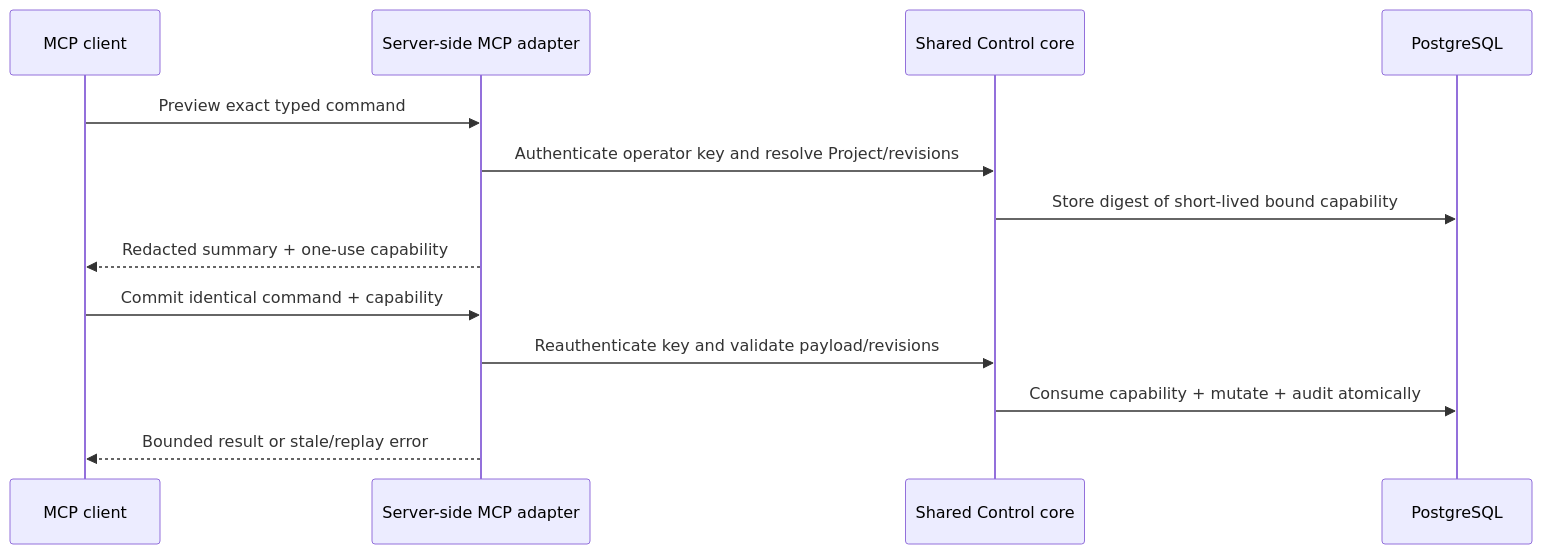
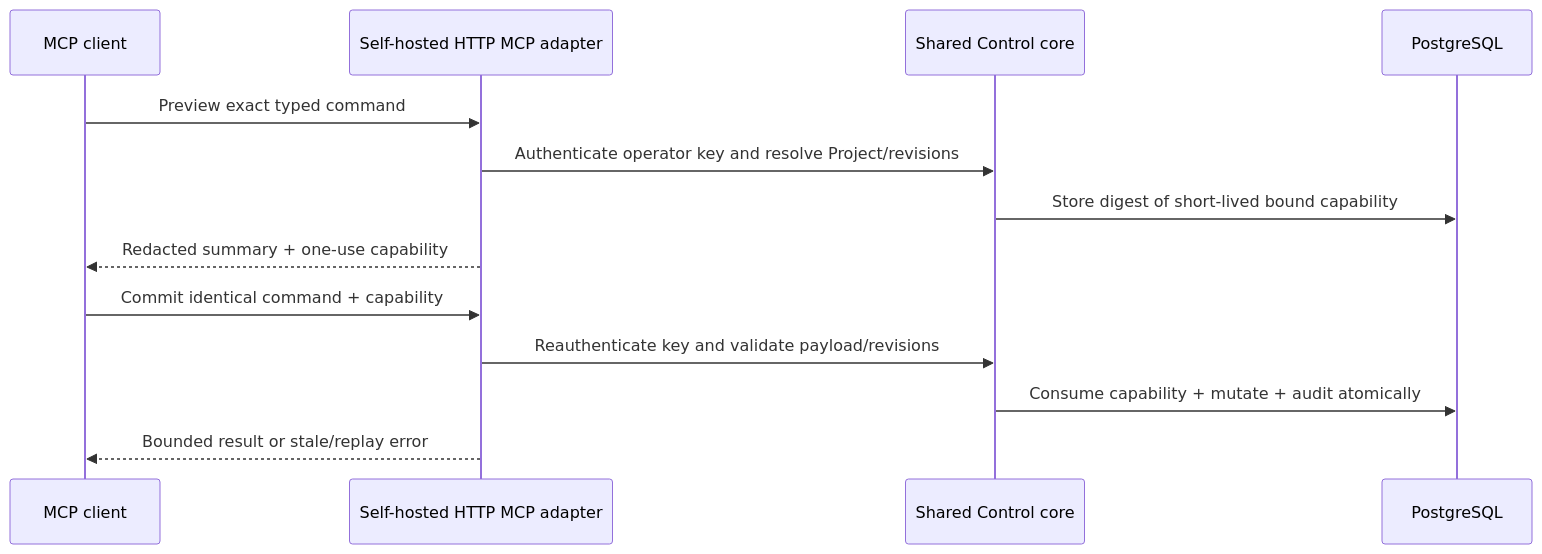
The second of 2 diagrams in docs/guide/agent-integrations.md (owlfoundry/owlauth), drawn with Mermaid before and after one commit. The commit also changed other lines of this file and 123 other files, not shown here.

````diff
--- a/docs/guide/agent-integrations.md
+++ b/docs/guide/agent-integrations.md
@@ -76,16 +79,16 @@
 ```mermaid
 sequenceDiagram
     participant Agent as MCP client
-    participant Adapter as Server-side MCP adapter
+    participant Adapter as Self-hosted HTTP MCP adapter
     participant Core as Shared Control core
     participant PG as PostgreSQL
 
     Agent->>Adapter: Preview exact typed command
     Adapter->>Core: Authenticate operator key and resolve Project/revisions
     Core->>PG: Store digest of short-lived bound capability
     Adapter-->>Agent: Redacted summary + one-use capability
     Agent->>Adapter: Commit identical command + capability
     Adapter->>Core: Reauthenticate key and validate payload/revisions
     Core->>PG: Consume capability + mutate + audit atomically
     Adapter-->>Agent: Bounded result or stale/replay error
 ```
````
